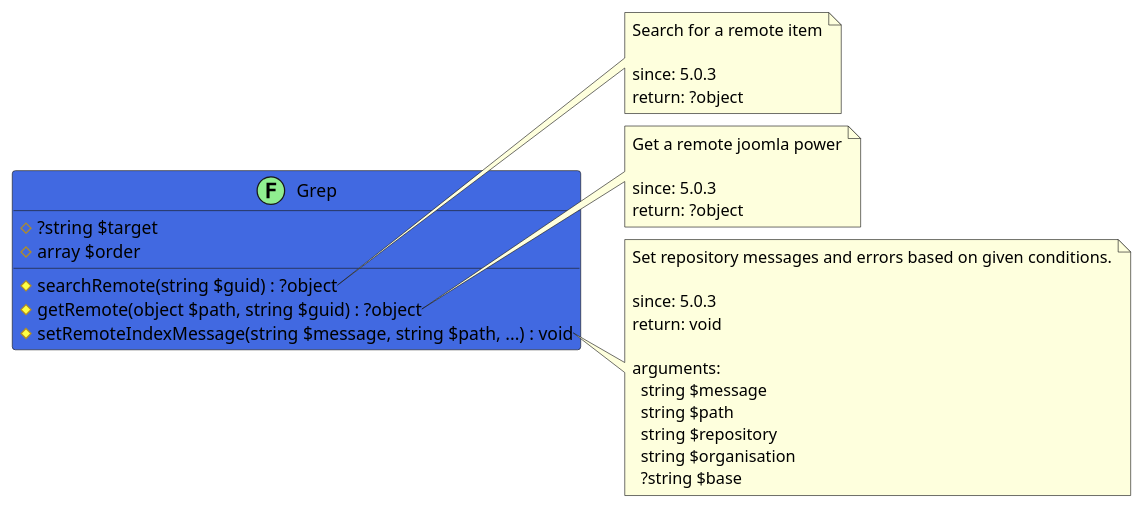
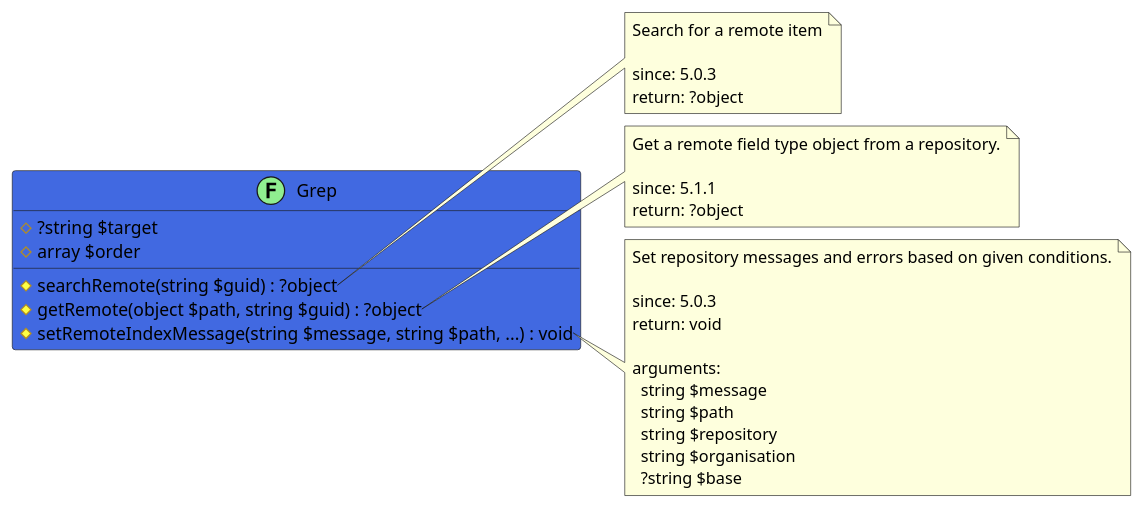
Before and after one commit to joomengine/jcb-compiler: the diagram in src/d8d35836-60f2-4464-a306-097f079c4f13/README.md, drawn with PlantUML. The commit also changed other lines of this file and 585 other files, not shown here.

````diff
--- a/src/d8d35836-60f2-4464-a306-097f079c4f13/README.md
+++ b/src/d8d35836-60f2-4464-a306-097f079c4f13/README.md
@@ -13,40 +6,41 @@
 ```uml
 @startuml
+
 class Grep << (F,LightGreen) >> #RoyalBlue {
   # ?string $target
   # array $order
   # searchRemote(string $guid) : ?object
   # getRemote(object $path, string $guid) : ?object
   # setRemoteIndexMessage(string $message, string $path, ...) : void
 }
 
 note right of Grep::searchRemote
   Search for a remote item
 
   since: 5.0.3
   return: ?object
 end note
 
 note right of Grep::getRemote
-  Get a remote joomla power
+  Get a remote field type object from a repository.
 
-  since: 5.0.3
+  since: 5.1.1
   return: ?object
 end note
 
 note right of Grep::setRemoteIndexMessage
   Set repository messages and errors based on given conditions.
 
   since: 5.0.3
   return: void
   
   arguments:
     string $message
     string $path
     string $repository
     string $organisation
     ?string $base
 end note
- 
+
 @enduml
 ```
````
